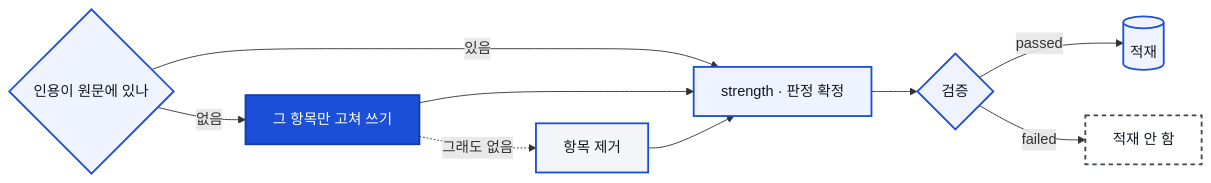
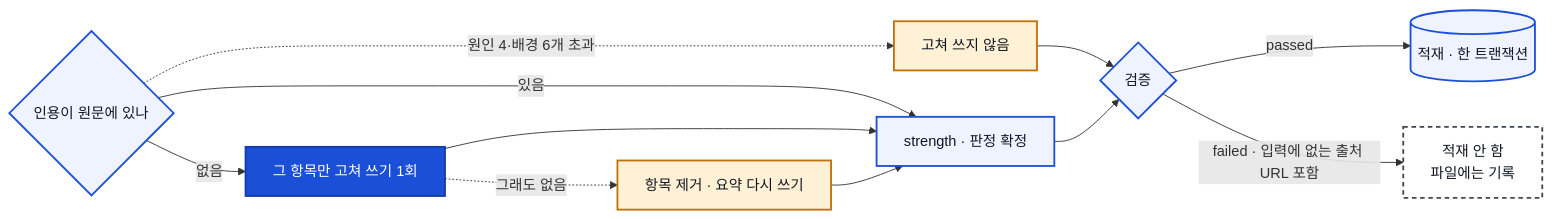
The diagram in asset/mermaid/5-report2.mmd (stfifo/ktc-pt), drawn with Mermaid before and after one commit. The commit also changed 11 other files, not shown here.

Commit message:
차별화 포인트 근거 카드 제거, 시연 영상 확대, AI 에이전트 다이어그램을 docs 기준으로 수정

```diff
--- a/asset/mermaid/5-report2.mmd
+++ b/asset/mermaid/5-report2.mmd
@@ -1,16 +1,17 @@
 flowchart LR
   Q{인용이 원문에 있나} -- 있음 --> F[strength · 판정 확정]
-  Q -- 없음 --> R[그 항목만 고쳐 쓰기]
+  Q -- 없음 --> R[그 항목만 고쳐 쓰기 1회]
   R --> F
-  R -.그래도 없음.-> D[항목 제거] --> F
+  R -.그래도 없음.-> D[항목 제거 · 요약 다시 쓰기] --> F
+  Q -.원인 4·배경 6개 초과.-> N[고쳐 쓰지 않음] --> V
   F --> V{검증}
-  V -- passed --> L[(적재)]
-  V -- failed --> S[적재 안 함]
+  V -- passed --> L[(적재 · 한 트랜잭션)]
+  V -- "failed · 입력에 없는 출처 URL 포함" --> S[적재 안 함<br/>파일에는 기록]
   classDef code fill:#EEF3FF,stroke:#1B4FD8,stroke-width:2px,color:#111721
   classDef llm fill:#1B4FD8,stroke:#143BA6,stroke-width:2px,color:#FFFFFF
-  classDef fb fill:#F3F5F8,stroke:#1B4FD8,stroke-width:2px,color:#111721
+  classDef fb fill:#FFF1D6,stroke:#C2700A,stroke-width:2px,color:#111721
   classDef stop fill:#FFFFFF,stroke:#3F4753,stroke-width:2px,stroke-dasharray:5 4,color:#111721
   class Q,F,V,L code
   class R llm
-  class D fb
+  class D,N fb
   class S stop
```
